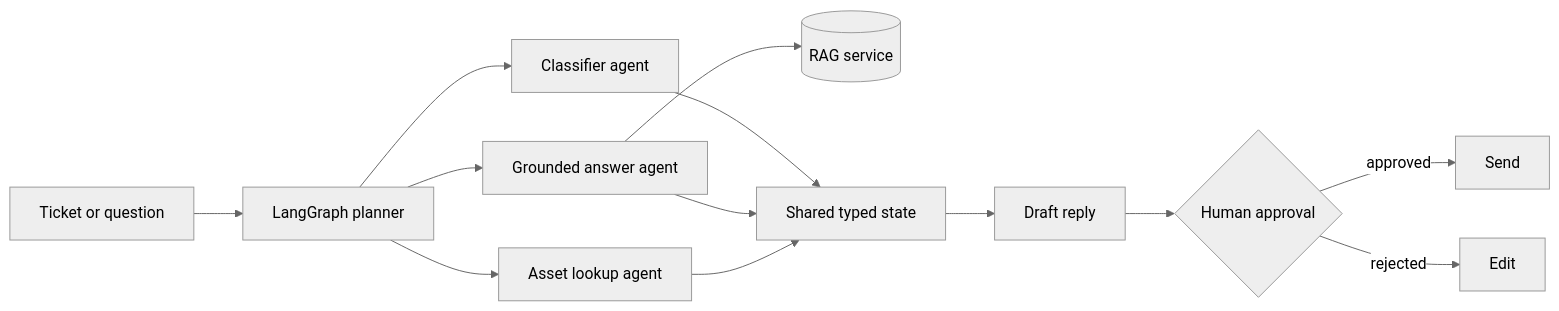
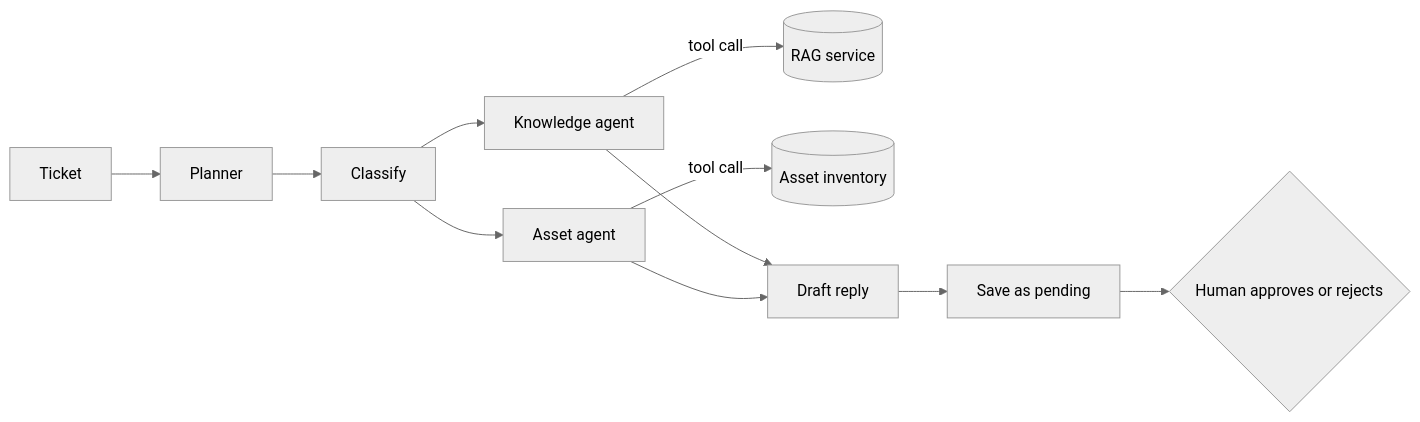
The diagram in README.md (pujitha-vasanth/it-support-agent), drawn with Mermaid (neutral theme) before and after one commit. The commit also changed other lines of this file, not shown here.

````diff
--- a/README.md
+++ b/README.md
@@ -19,15 +21,13 @@
 ```mermaid
 flowchart LR
-    Q[Ticket or question] --> P[LangGraph planner]
-    P --> C[Classifier agent]
-    P --> R[Grounded answer agent]
-    P --> L[Asset lookup agent]
-    R --> RAG[(RAG service)]
-    C --> S[Shared typed state]
-    R --> S
-    L --> S
-    S --> D[Draft reply]
-    D --> H{Human approval}
-    H -->|approved| Send
-    H -->|rejected| Edit
+    T[Ticket] --> P[Planner]
+    P --> C[Classify]
+    C --> K[Knowledge agent]
+    C --> A[Asset agent]
+    K -- tool call --> R[(RAG service)]
+    A -- tool call --> I[(Asset inventory)]
+    K --> D[Draft reply]
+    A --> D
+    D --> S[Save as pending]
+    S --> H{Human approves or rejects}
 ```
````
